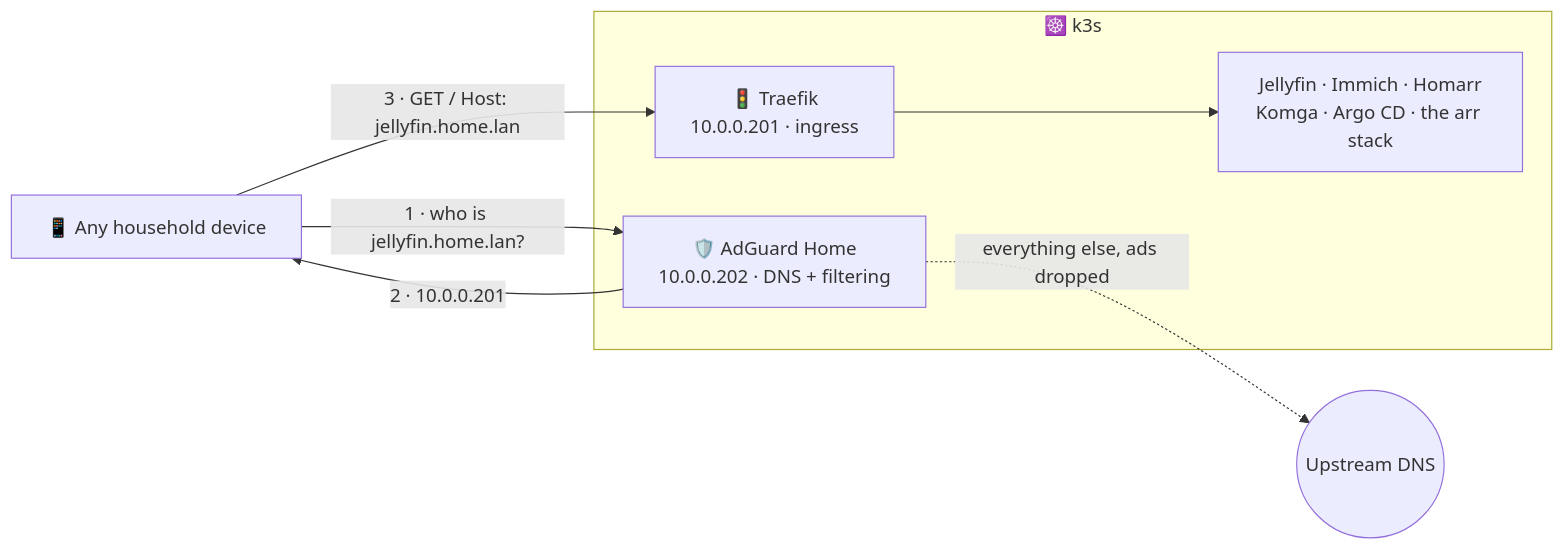
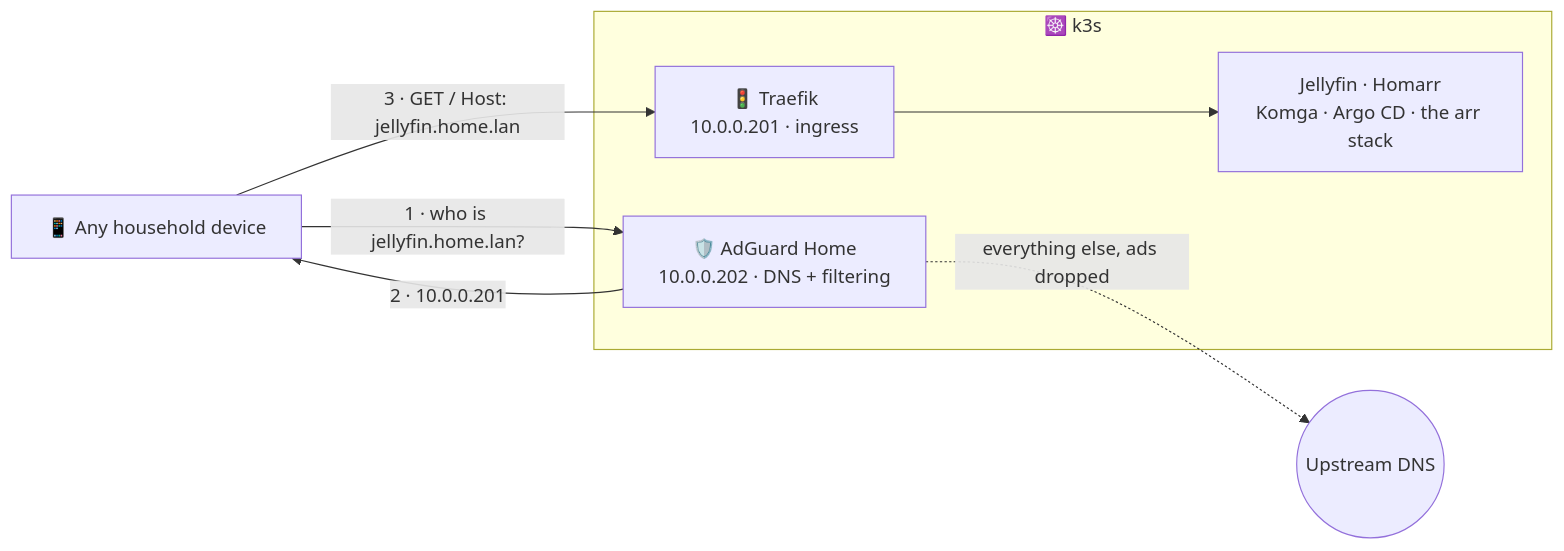
The diagram in docs/dns-and-ingress.md (chevlpcmp-lab/HomeFalloutServer), drawn with Mermaid before and after one commit. The commit also changed other lines of this file and 24 other files, not shown here.

````diff
--- a/docs/dns-and-ingress.md
+++ b/docs/dns-and-ingress.md
@@ -11,15 +11,15 @@
 ```mermaid
 flowchart LR
     Phone["📱 Any household device"]
     subgraph K["☸️ k3s"]
         AG["🛡️ AdGuard Home<br/>10.0.0.202 · DNS + filtering"]
         TR["🚦 Traefik<br/>10.0.0.201 · ingress"]
-        Svc["Jellyfin · Immich · Homarr<br/>Komga · Argo CD · the arr stack"]
+        Svc["Jellyfin · Homarr<br/>Komga · Argo CD · the arr stack"]
     end
     Up(("Upstream DNS"))
 
     Phone -->|"1 · who is jellyfin.home.lan?"| AG
     AG -->|"2 · 10.0.0.201"| Phone
     AG -.->|"everything else, ads dropped"| Up
     Phone -->|"3 · GET / Host: jellyfin.home.lan"| TR --> Svc
 ```
````
